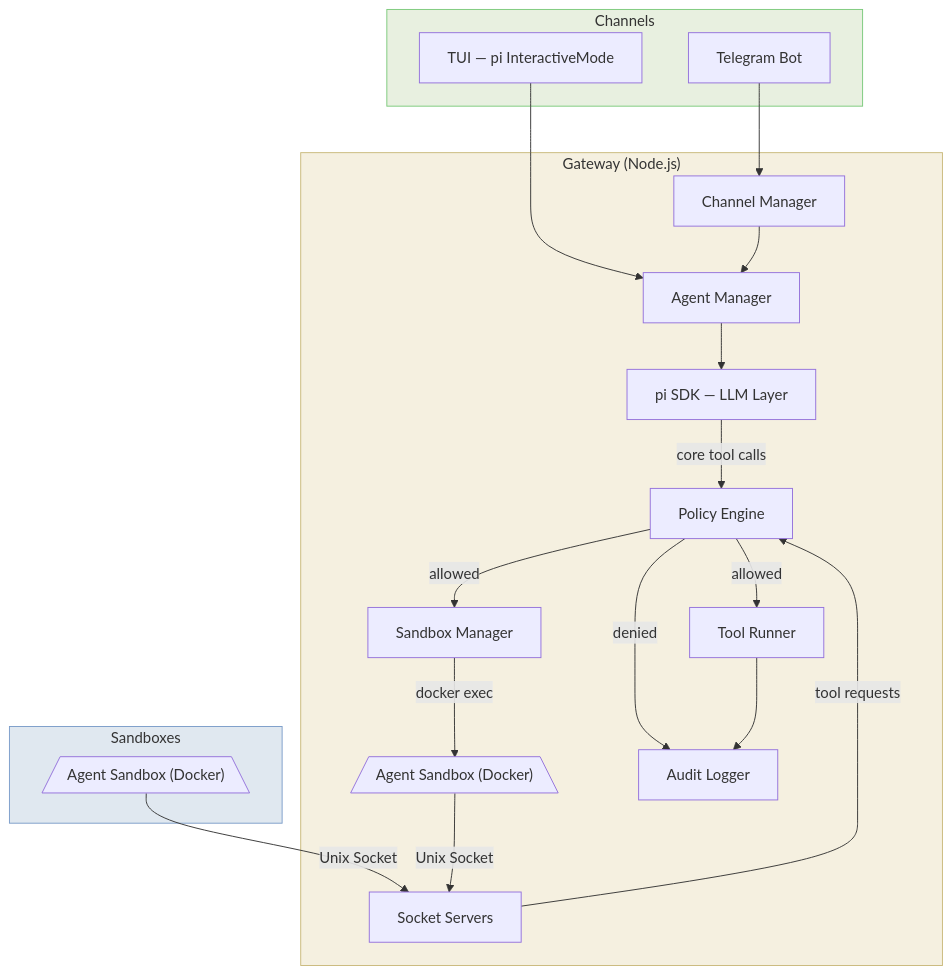
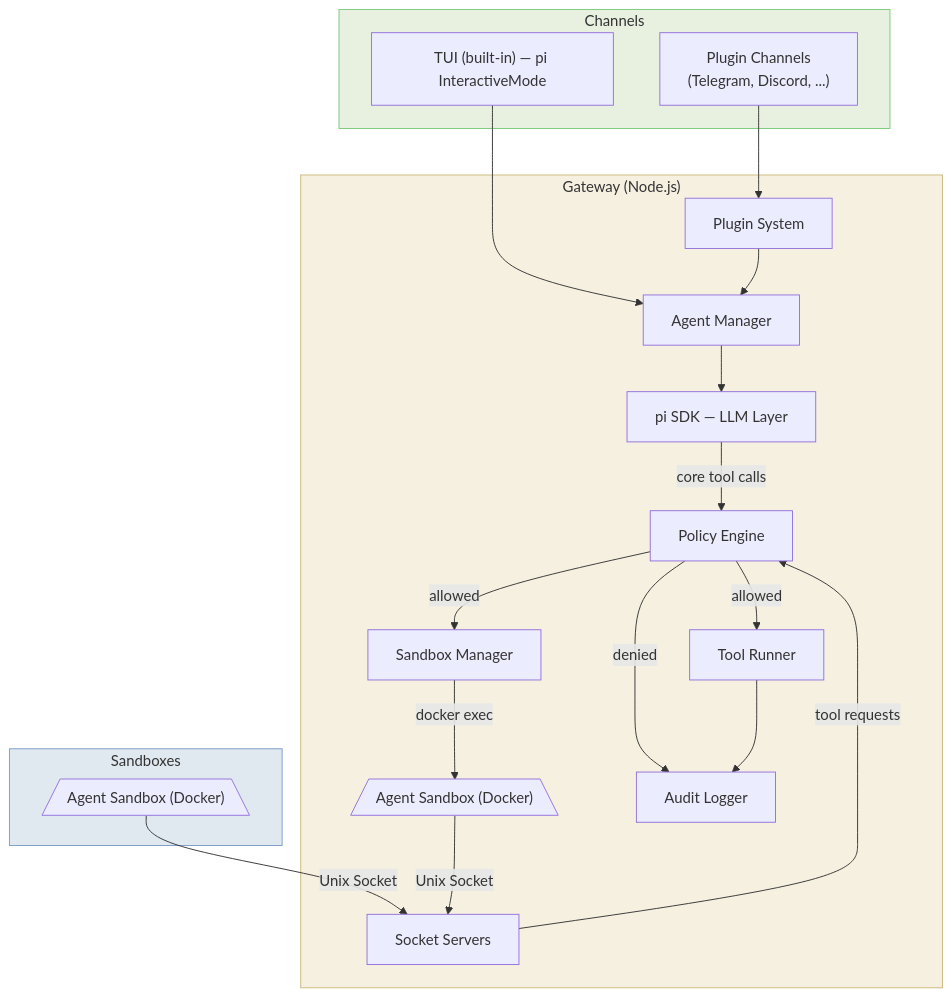
Before and after one commit to matthias-hausberger/beige: the first of 7 diagrams in docs/gateway/system-overview.mdx, drawn with Mermaid. The commit also changed other lines of this file and 63 other files, not shown here.

First line of the commit message:
refactor!: plugin architecture

````diff
--- a/docs/gateway/system-overview.mdx
+++ b/docs/gateway/system-overview.mdx
@@ -8,42 +8,42 @@
 ```mermaid
 graph TB
     subgraph Channels
-        TUI[TUI — pi InteractiveMode]
-        TG[Telegram Bot]
+        TUI["TUI (built-in) — pi InteractiveMode"]
+        PCH["Plugin Channels<br/>(Telegram, Discord, ...)"]
     end
 
     subgraph Gateway["Gateway (Node.js)"]
-        CM[Channel Manager]
+        PL[Plugin System]
         AM[Agent Manager]
         PI[pi SDK — LLM Layer]
         PE[Policy Engine]
         AL[Audit Logger]
         TR[Tool Runner]
         SS[Socket Servers]
         SM[Sandbox Manager]
 
-        CM --> AM
+        PL --> AM
         AM --> PI
         PI -->|core tool calls| PE
         PE -->|allowed| SM
         PE -->|denied| AL
         SM -->|docker exec| SB1
         SS -->|tool requests| PE
         PE -->|allowed| TR
         TR --> AL
     end
 
     subgraph Sandboxes
         SB1[/"Agent Sandbox (Docker)"\]
         SB2[/"Agent Sandbox (Docker)"\]
     end
 
     TUI --> AM
-    TG --> CM
+    PCH --> PL
     SB1 -->|Unix Socket| SS
     SB2 -->|Unix Socket| SS
 
     style Gateway fill:#f5f0e0,stroke:#c9b97a
     style Sandboxes fill:#e0e8f0,stroke:#7a9cc9
     style Channels fill:#e8f0e0,stroke:#7ac97a
 ```
````
